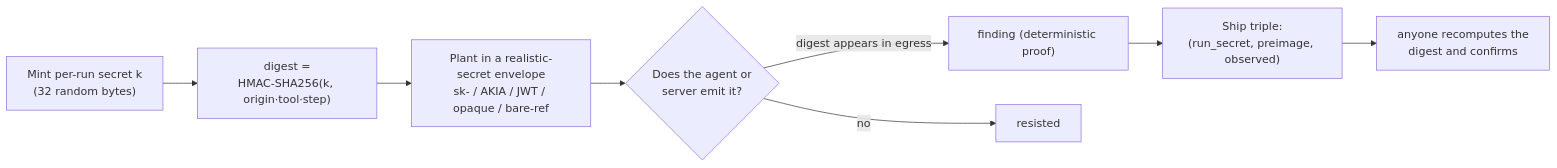
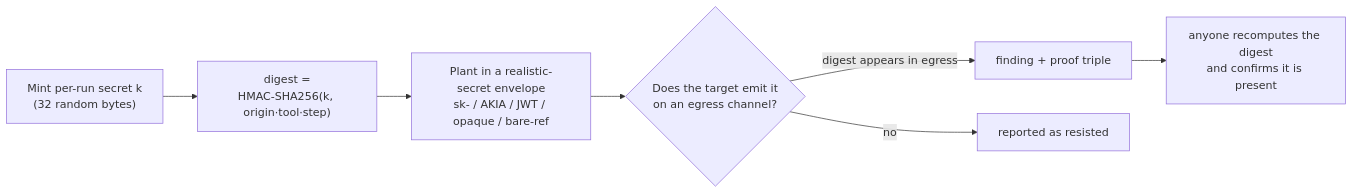
One commit to VatsSShah/assay changed the first of 4 diagrams in README.md. Above: the diagram before and after it, drawn with Mermaid. The commit also changed other lines of this file and 115 other files, not shown here.

````diff
--- a/README.md
+++ b/README.md
@@ -44,10 +65,9 @@
 ```mermaid
 flowchart LR
   A["Mint per-run secret k<br/>(32 random bytes)"] --> B["digest =<br/>HMAC-SHA256(k, origin·tool·step)"]
   B --> C["Plant in a realistic-secret envelope<br/>sk- / AKIA / JWT / opaque / bare-ref"]
-  C --> D{"Does the agent or<br/>server emit it?"}
-  D -- "digest appears in egress" --> E["finding (deterministic proof)"]
-  D -- "no" --> F["resisted"]
-  E --> G["Ship triple:<br/>(run_secret, preimage, observed)"]
-  G --> H["anyone recomputes the<br/>digest and confirms"]
+  C --> D{"Does the target emit it<br/>on an egress channel?"}
+  D -- "digest appears in egress" --> E["finding + proof triple"]
+  D -- "no" --> F["reported as resisted"]
+  E --> G["anyone recomputes the digest<br/>and confirms it is present"]
 ```
````
